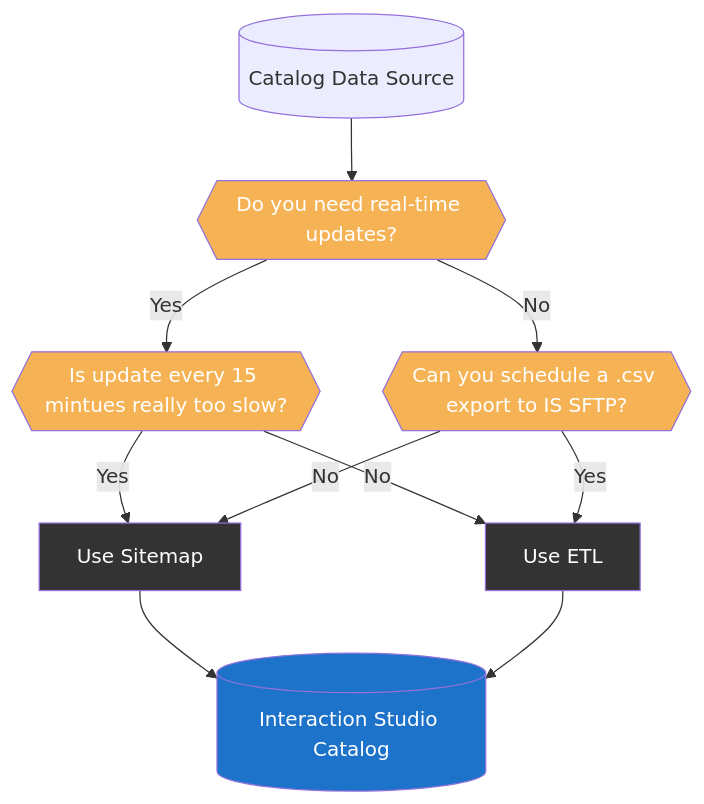
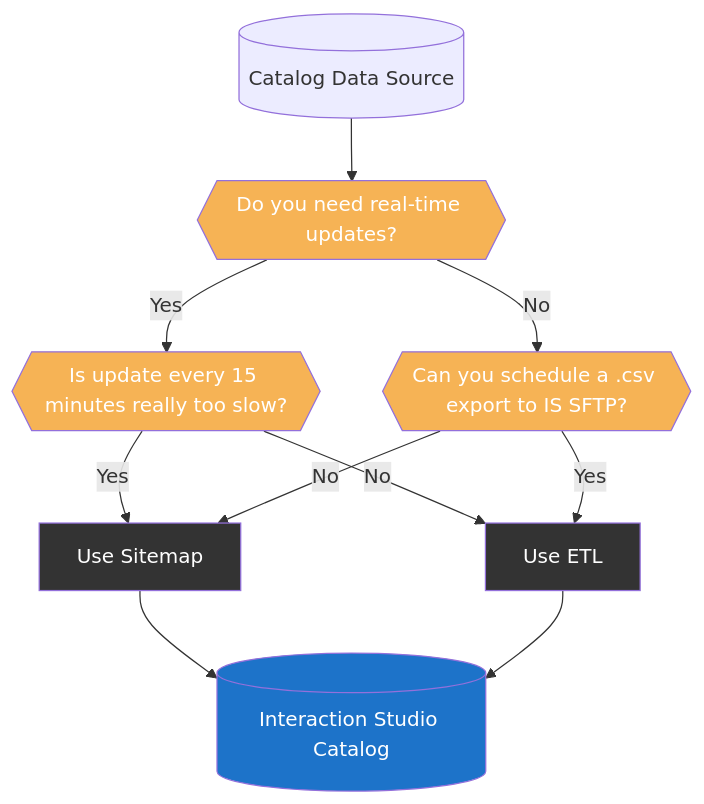
The first of 2 diagrams in docs/interaction-studio/is-catalog-architecture.mdx (MateuszDabrowski/mateuszdabrowski.pl), drawn with Mermaid before and after one commit. The commit also changed other lines of this file and 2 other files, not shown here.

Commit message:
Upated images and content for IS Catalog Architecture

````diff
--- a/docs/interaction-studio/is-catalog-architecture.mdx
+++ b/docs/interaction-studio/is-catalog-architecture.mdx
@@ -97,24 +97,24 @@
 ```mermaid
 flowchart TD
-    source[(Catalog Data Source)]
-    is[(Interaction Studio Catalog)]:::success
-    isRealTimeNeeded{{Do you need real-time updates?}}:::check
-    isEtlTooSlow{{Is update every 15 mintues really too slow?}}:::check
-    canPrepareFile{{Can you schedule a .csv export to IS SFTP?}}:::check
-    etl[Use ETL]:::process
-    sitemap[Use Sitemap]:::process
+ source[(Catalog Data Source)]
+ is[(Interaction Studio Catalog)]:::success
+ isRealTimeNeeded{{Do you need real-time updates?}}:::check
+ isEtlTooSlow{{Is update every 15 minutes really too slow?}}:::check
+ canPrepareFile{{Can you schedule a .csv export to IS SFTP?}}:::check
+ etl[Use ETL]:::process
+ sitemap[Use Sitemap]:::process
 
-    source --> isRealTimeNeeded
-    isRealTimeNeeded -->|Yes| isEtlTooSlow
-    isRealTimeNeeded -->|No| canPrepareFile
-    isEtlTooSlow -->|No| etl
-    isEtlTooSlow -->|Yes| sitemap
-    canPrepareFile -->|No| sitemap
-    canPrepareFile -->|Yes| etl
-    sitemap --> is
-    etl --> is
+ source --> isRealTimeNeeded
+ isRealTimeNeeded -->|Yes| isEtlTooSlow
+ isRealTimeNeeded -->|No| canPrepareFile
+ isEtlTooSlow -->|No| etl
+ isEtlTooSlow -->|Yes| sitemap
+ canPrepareFile -->|No| sitemap
+ canPrepareFile -->|Yes| etl
+ sitemap --> is
+ etl --> is
 
-    classDef success fill:#1d73c9,color:#ffffff
-    classDef check fill:#f6b355,color:#ffffff
-    classDef process fill:#333333,color:#ffffff
+ classDef success fill:#1d73c9,color:#ffffff
+ classDef check fill:#f6b355,color:#ffffff
+ classDef process fill:#333333,color:#ffffff
 ```
````
